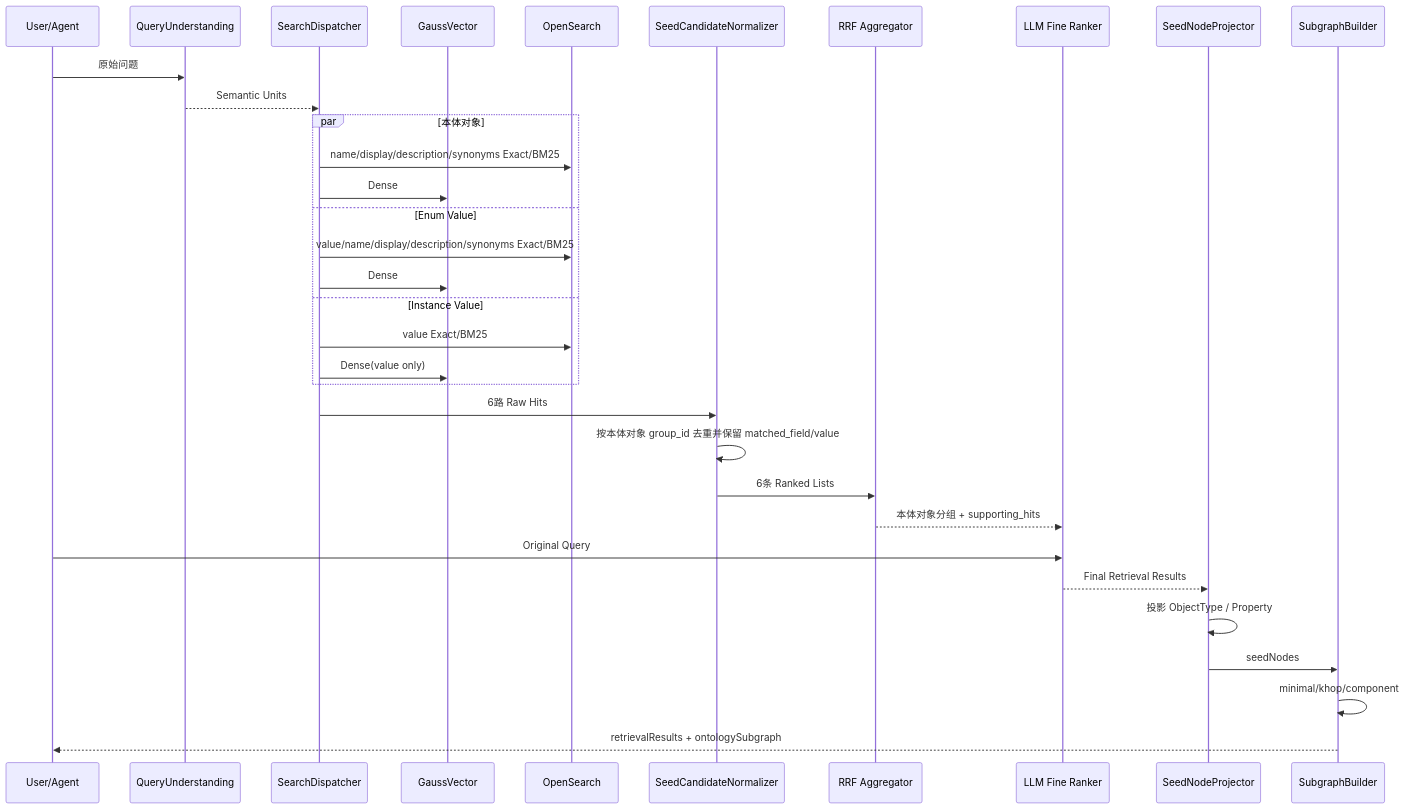
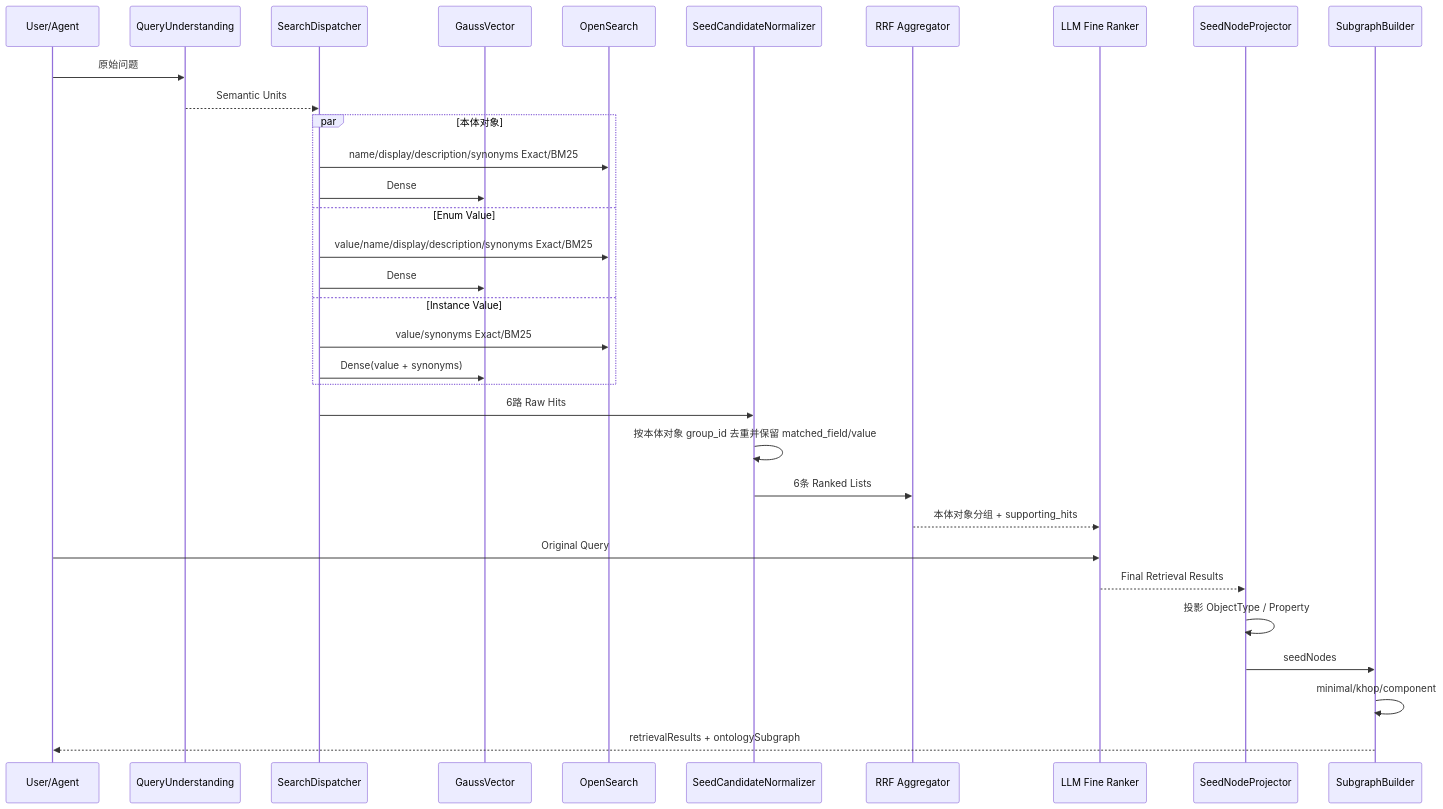
Before and after one commit to cfwl100/onology_dsl: the ninth of 9 diagrams in docs/OAG本体锚点语义检索与向量索引设计方案.md, drawn with Mermaid. The commit also changed other lines of this file and 2 other files, not shown here.

````diff
--- a/docs/OAG本体锚点语义检索与向量索引设计方案.md
+++ b/docs/OAG本体锚点语义检索与向量索引设计方案.md
@@ -6446,38 +5636,38 @@
 ```mermaid
 sequenceDiagram
     participant U as User/Agent
     participant QU as QueryUnderstanding
     participant D as SearchDispatcher
     participant GV as GaussVector
     participant OS as OpenSearch
     participant N as SeedCandidateNormalizer
     participant R as RRF Aggregator
     participant L as LLM Fine Ranker
     participant P as SeedNodeProjector
     participant G as SubgraphBuilder
 
     U->>QU: 原始问题
     QU-->>D: Semantic Units
 
     par 本体对象
       D->>OS: name/display/description/synonyms Exact/BM25
       D->>GV: Dense
     and Enum Value
       D->>OS: value/name/display/description/synonyms Exact/BM25
       D->>GV: Dense
     and Instance Value
-      D->>OS: value Exact/BM25
-      D->>GV: Dense(value only)
+      D->>OS: value/synonyms Exact/BM25
+      D->>GV: Dense(value + synonyms)
     end
 
     D->>N: 6路 Raw Hits
     N->>N: 按本体对象 group_id 去重并保留 matched_field/value
     N->>R: 6条 Ranked Lists
     R-->>L: 本体对象分组 + supporting_hits
     U->>L: Original Query
     L-->>P: Final Retrieval Results
     P->>P: 投影 ObjectType / Property
     P->>G: seedNodes
     G->>G: minimal/khop/component
     G-->>U: retrievalResults + ontologySubgraph
 ```
````
